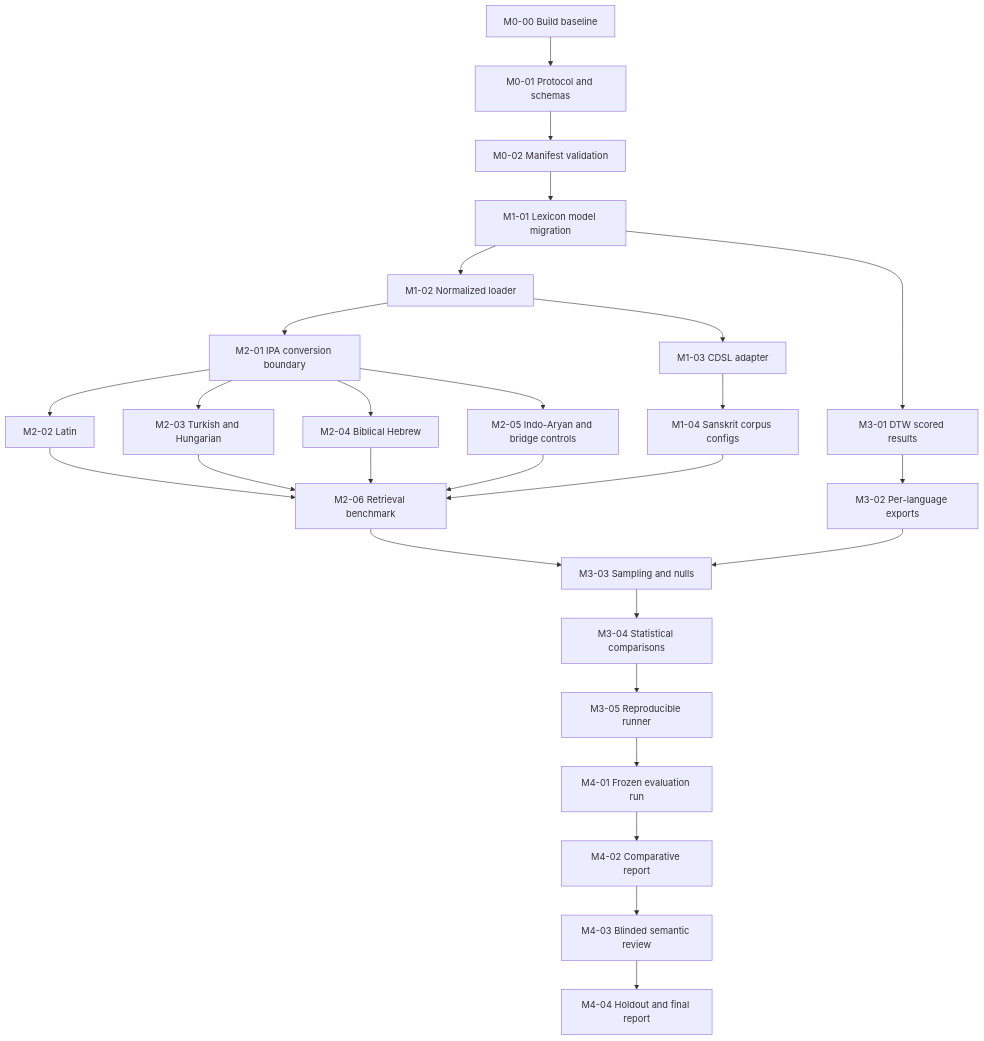
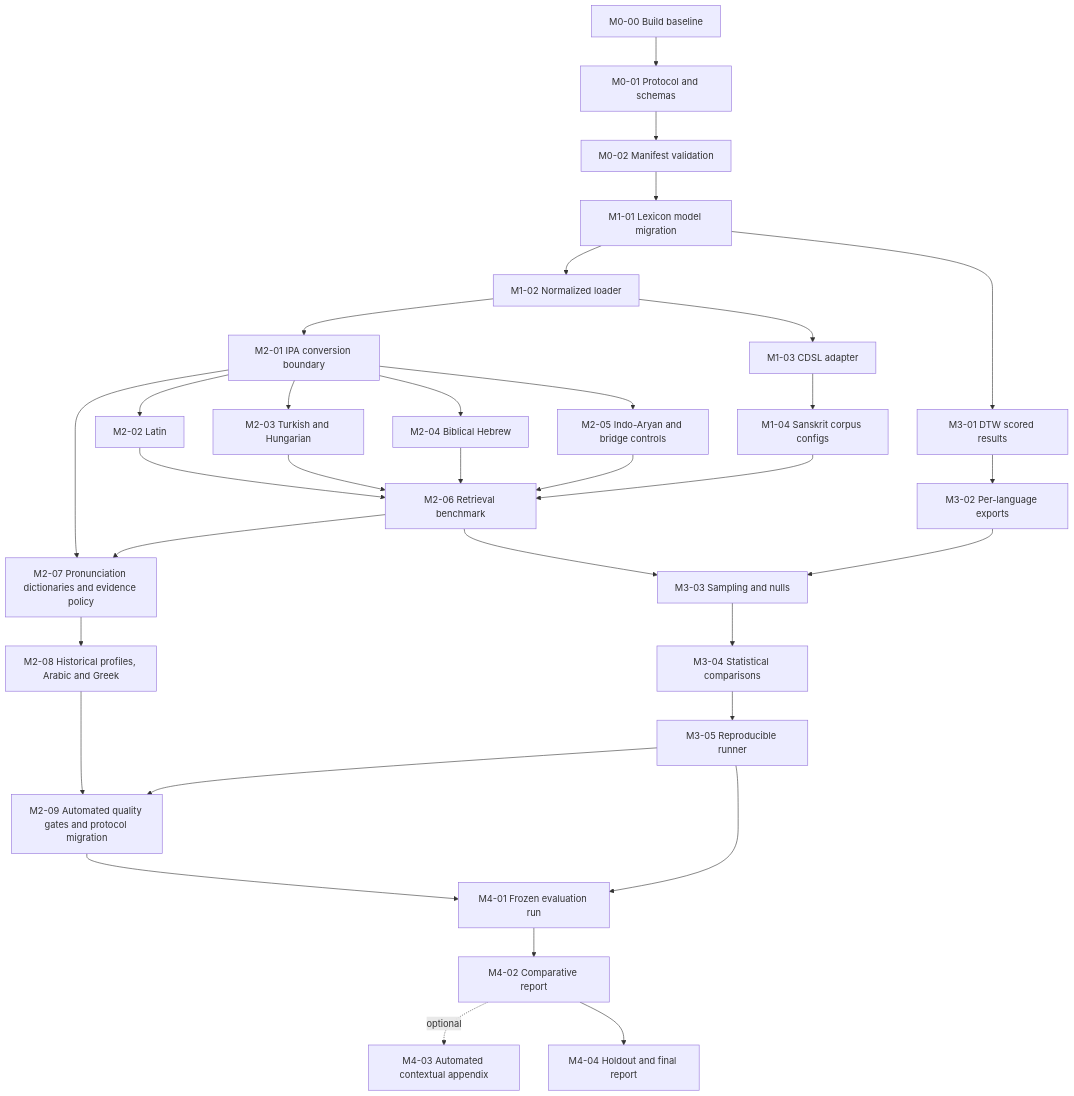
One commit to chalcolith/enochian changed the diagram in docs/milestone-pr-specs.md. Above: the diagram before and after it, drawn with Mermaid. The commit also changed other lines of this file and 5 other files, not shown here.

First line of the commit message:
Revise language research plan for automated pronunciation data

````diff
--- a/docs/milestone-pr-specs.md
+++ b/docs/milestone-pr-specs.md
@@ -42,29 +66,35 @@
 ```mermaid
 flowchart TD
     M000[M0-00 Build baseline] --> M001[M0-01 Protocol and schemas]
     M001 --> M002[M0-02 Manifest validation]
     M002 --> M101[M1-01 Lexicon model migration]
     M101 --> M102[M1-02 Normalized loader]
     M102 --> M103[M1-03 CDSL adapter]
     M103 --> M104[M1-04 Sanskrit corpus configs]
     M102 --> M201[M2-01 IPA conversion boundary]
     M201 --> M202[M2-02 Latin]
     M201 --> M203[M2-03 Turkish and Hungarian]
     M201 --> M204[M2-04 Biblical Hebrew]
     M201 --> M205[M2-05 Indo-Aryan and bridge controls]
     M202 --> M206[M2-06 Retrieval benchmark]
     M203 --> M206
     M204 --> M206
     M205 --> M206
     M104 --> M206
     M101 --> M301[M3-01 DTW scored results]
     M301 --> M302[M3-02 Per-language exports]
     M206 --> M303[M3-03 Sampling and nulls]
     M302 --> M303
     M303 --> M304[M3-04 Statistical comparisons]
     M304 --> M305[M3-05 Reproducible runner]
+    M201 --> M207[M2-07 Pronunciation dictionaries and evidence policy]
+    M206 --> M207
+    M207 --> M208[M2-08 Historical profiles, Arabic and Greek]
+    M208 --> M209[M2-09 Automated quality gates and protocol migration]
+    M305 --> M209
+    M209 --> M401
     M305 --> M401[M4-01 Frozen evaluation run]
     M401 --> M402[M4-02 Comparative report]
-    M402 --> M403[M4-03 Blinded semantic review]
-    M403 --> M404[M4-04 Holdout and final report]
+    M402 -. optional .-> M403[M4-03 Automated contextual appendix]
+    M402 --> M404[M4-04 Holdout and final report]
 ```
````
